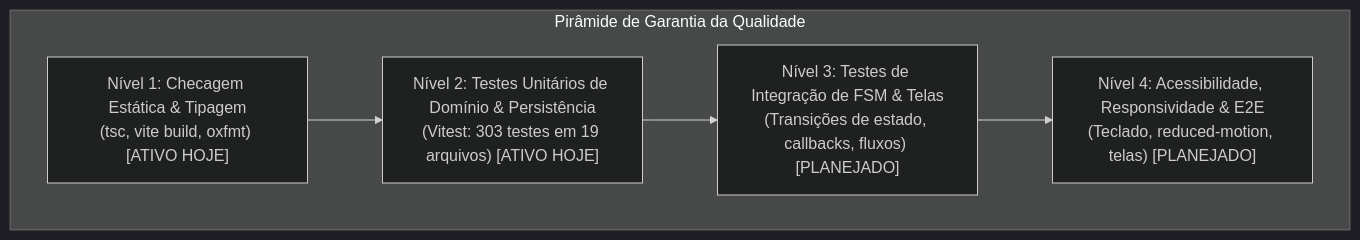
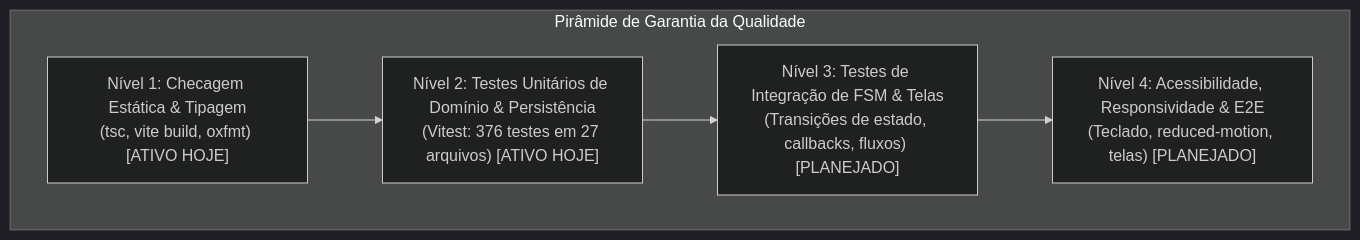
One commit to MarcosV22/ClickOrder changed the diagram in docs/wiki/08-testing-and-quality.md. Above: the diagram before and after it, drawn with Mermaid (dark theme). The commit also changed other lines of this file and 34 other files, not shown here.

````diff
--- a/docs/wiki/08-testing-and-quality.md
+++ b/docs/wiki/08-testing-and-quality.md
@@ -47,13 +53,13 @@
 ```mermaid
 graph TD
     subgraph Piramide_Qualidade ["Pirâmide de Garantia da Qualidade"]
         N1["Nível 1: Checagem Estática & Tipagem\n(tsc, vite build, oxfmt) [ATIVO HOJE]"]
-        N2["Nível 2: Testes Unitários de Domínio & Persistência\n(Vitest: 303 testes em 19 arquivos) [ATIVO HOJE]"]
+        N2["Nível 2: Testes Unitários de Domínio & Persistência\n(Vitest: 376 testes em 27 arquivos) [ATIVO HOJE]"]
         N3["Nível 3: Testes de Integração de FSM & Telas\n(Transições de estado, callbacks, fluxos) [PLANEJADO]"]
         N4["Nível 4: Acessibilidade, Responsividade & E2E\n(Teclado, reduced-motion, telas) [PLANEJADO]"]
 
         N1 --> N2
         N2 --> N3
         N3 --> N4
     end
 ```
````
